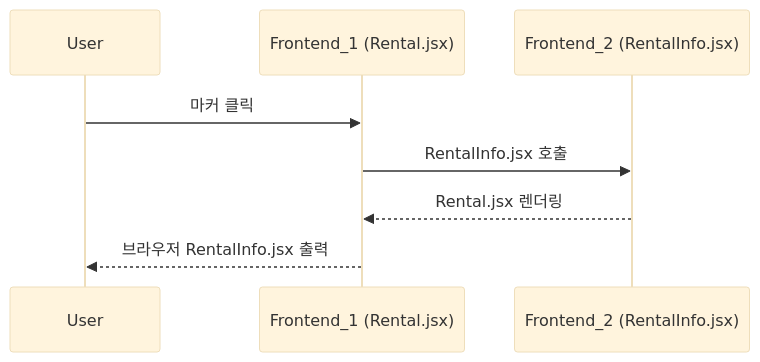
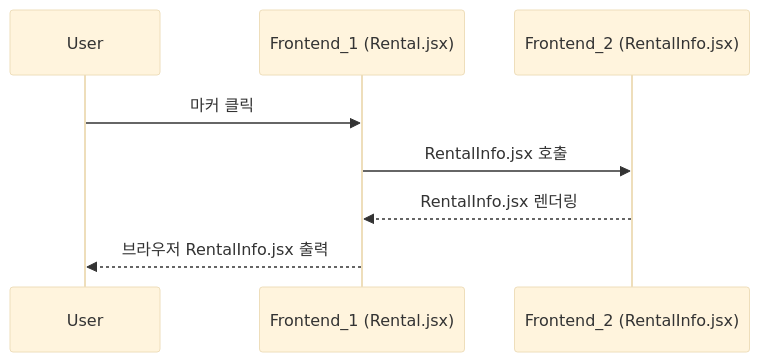
The second of 3 diagrams in Rental.md (KwonYongBin/bicycle-app), drawn with Mermaid (base theme) before and after one commit. The commit also changed other lines of this file, not shown here.

````diff
--- a/Rental.md
+++ b/Rental.md
@@ -26,11 +26,11 @@
 ```mermaid
     sequenceDiagram
         participant User
         participant Frontend_1 as Frontend_1 (Rental.jsx)
         participant Frontend_2 as Frontend_2 (RentalInfo.jsx)
 
         User ->> Frontend_1: 마커 클릭
         Frontend_1 ->> Frontend_2: RentalInfo.jsx 호출
-        Frontend_2 -->> Frontend_1: Rental.jsx 렌더링
+        Frontend_2 -->> Frontend_1: RentalInfo.jsx 렌더링
         Frontend_1 -->> User: 브라우저 RentalInfo.jsx 출력
 ```
````
